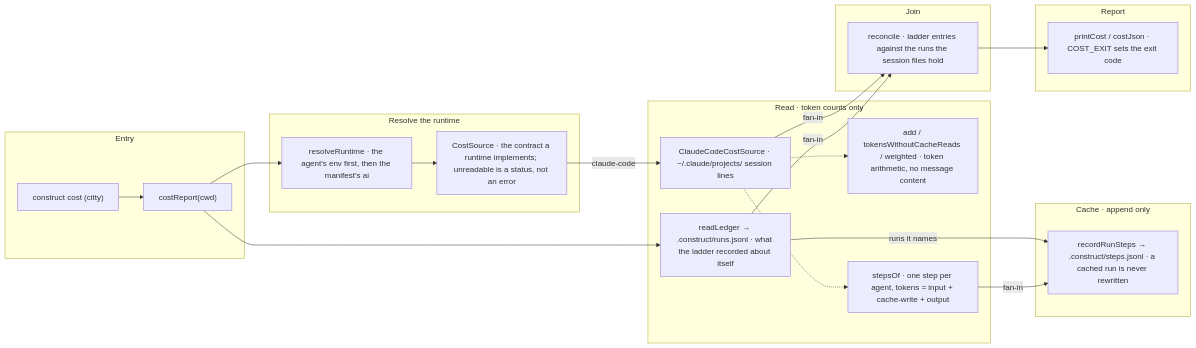
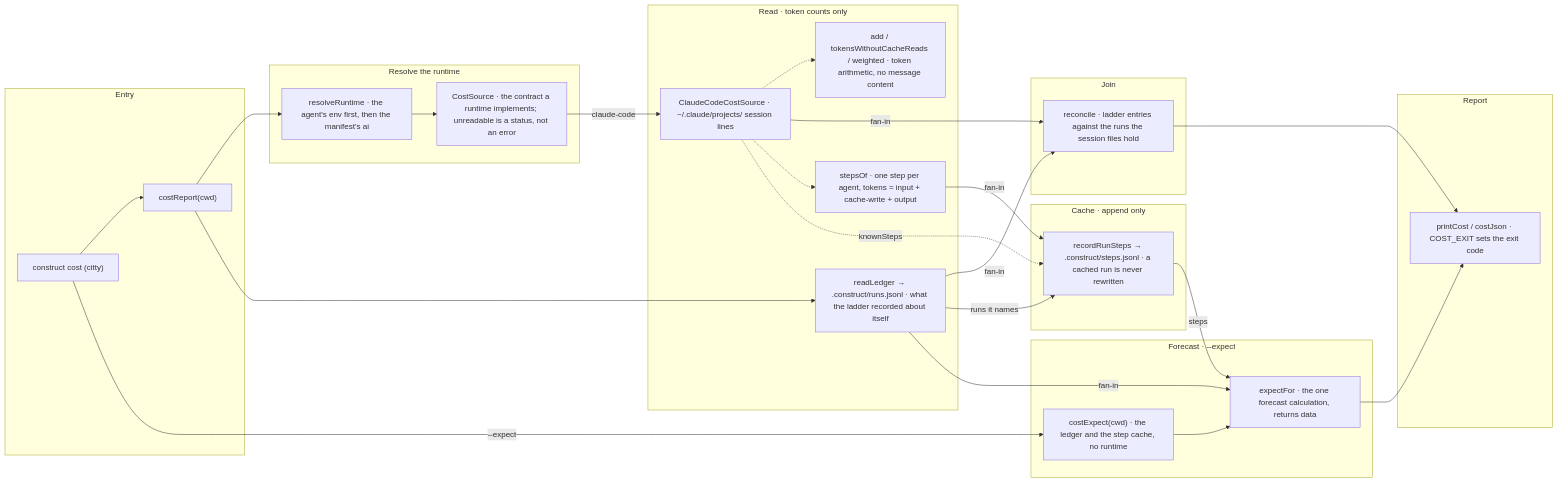
One commit to E1i/mikoshi-construct changed the diagram in architecture/cost.md. Above: the diagram before and after it, drawn with Mermaid. The commit also changed other lines of this file and 13 other files, not shown here.

First line of the commit message:
sketch(cost): construct cost --expect, one forecast calculation for the CLI and ghosts:expect-sample (#582)

````diff
--- a/architecture/cost.md
+++ b/architecture/cost.md
@@ -10,38 +10,48 @@
 ```mermaid
 flowchart LR
   subgraph b_entry["Entry"]
     cli["construct cost (citty)"]
     run["costReport(cwd)"]
   end
   subgraph b_resolve["Resolve the runtime"]
     runtime["resolveRuntime · the agent's env first, then the manifest's ai"]
     source["CostSource · the contract a runtime implements; unreadable is a status, not an error"]
   end
   subgraph b_read["Read · token counts only"]
     claude["ClaudeCodeCostSource · ~/.claude/projects/<key> session lines"]
     usage["add / tokensWithoutCacheReads / weighted · token arithmetic, no message content"]
     ledger["readLedger → .construct/runs.jsonl · what the ladder recorded about itself"]
     steps["stepsOf · one step per agent, tokens = input + cache-write + output"]
   end
   subgraph b_join["Join"]
     reconcile["reconcile · ladder entries against the runs the session files hold"]
   end
   subgraph b_cache["Cache · append only"]
     stepCache["recordRunSteps → .construct/steps.jsonl · a cached run is never rewritten"]
   end
   subgraph b_report["Report"]
     print["printCost / costJson · COST_EXIT sets the exit code"]
   end
+  subgraph b_forecast["Forecast · --expect"]
+    costExpect["costExpect(cwd) · the ledger and the step cache, no runtime"]
+    expect["expectFor · the one forecast calculation, returns data"]
+  end
   cli --> run
   run --> runtime
   runtime --> source
   source -->|"claude-code"| claude
   claude -.-> usage
   run --> ledger
   claude -->|"fan-in"| reconcile
   ledger -->|"fan-in"| reconcile
   reconcile --> print
   claude -.-> steps
   ledger -->|"runs it names"| stepCache
   steps -->|"fan-in"| stepCache
+  cli -->|"--expect"| costExpect
+  ledger -->|"fan-in"| expect
+  stepCache -->|"steps"| expect
+  claude -.->|"knownSteps"| stepCache
+  costExpect --> expect
+  expect --> print
 ```
````
